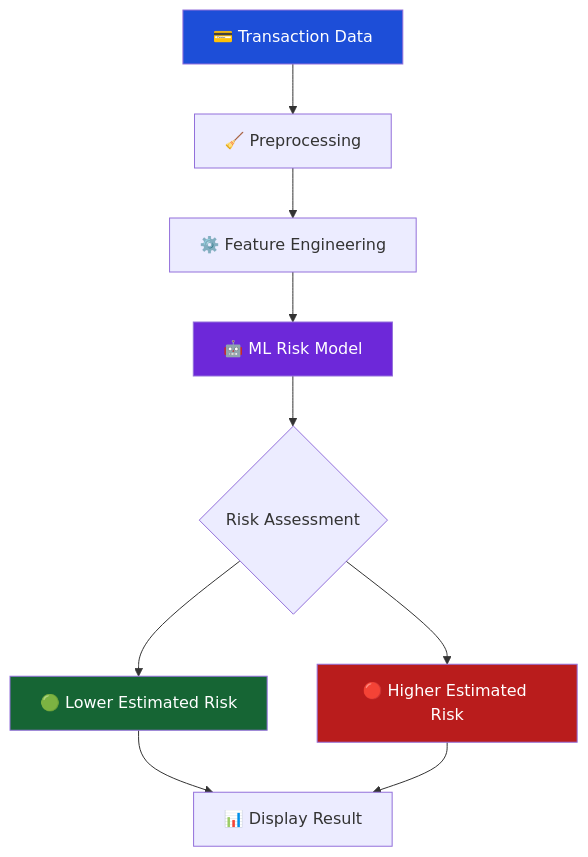
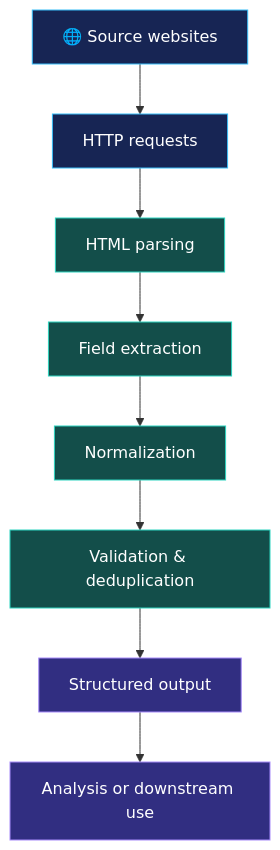
One commit to naveen057/naveen057 changed the fifth of 8 diagrams in README.md. Above: the diagram before and after it, drawn with Mermaid. The commit also changed other lines of this file, not shown here.

````diff
--- a/README.md
+++ b/README.md
@@ -166,16 +226,18 @@
 ```mermaid
 flowchart TD
-    A["💳 Transaction Data"] --> B["🧹 Preprocessing"]
-    B --> C["⚙️ Feature Engineering"]
-    C --> D["🤖 ML Risk Model"]
-    D --> E{"Risk Assessment"}
-    E --> F["🟢 Lower Estimated Risk"]
-    E --> G["🔴 Higher Estimated Risk"]
-    F --> H["📊 Display Result"]
-    G --> H
+    A["🌐 Source websites"] --> B["HTTP requests"]
+    B --> C["HTML parsing"]
+    C --> D["Field extraction"]
+    D --> E["Normalization"]
+    E --> F["Validation & deduplication"]
+    F --> G["Structured output"]
+    G --> H["Analysis or downstream use"]
 
-    style A fill:#1D4ED8,color:#fff
-    style D fill:#6D28D9,color:#fff
-    style F fill:#166534,color:#fff
-    style G fill:#B91C1C,color:#fff
+    classDef source fill:#172554,stroke:#38BDF8,color:#FFFFFF
+    classDef processing fill:#134E4A,stroke:#2DD4BF,color:#FFFFFF
+    classDef result fill:#312E81,stroke:#A78BFA,color:#FFFFFF
+
+    class A,B source
+    class C,D,E,F processing
+    class G,H result
 ```
````
